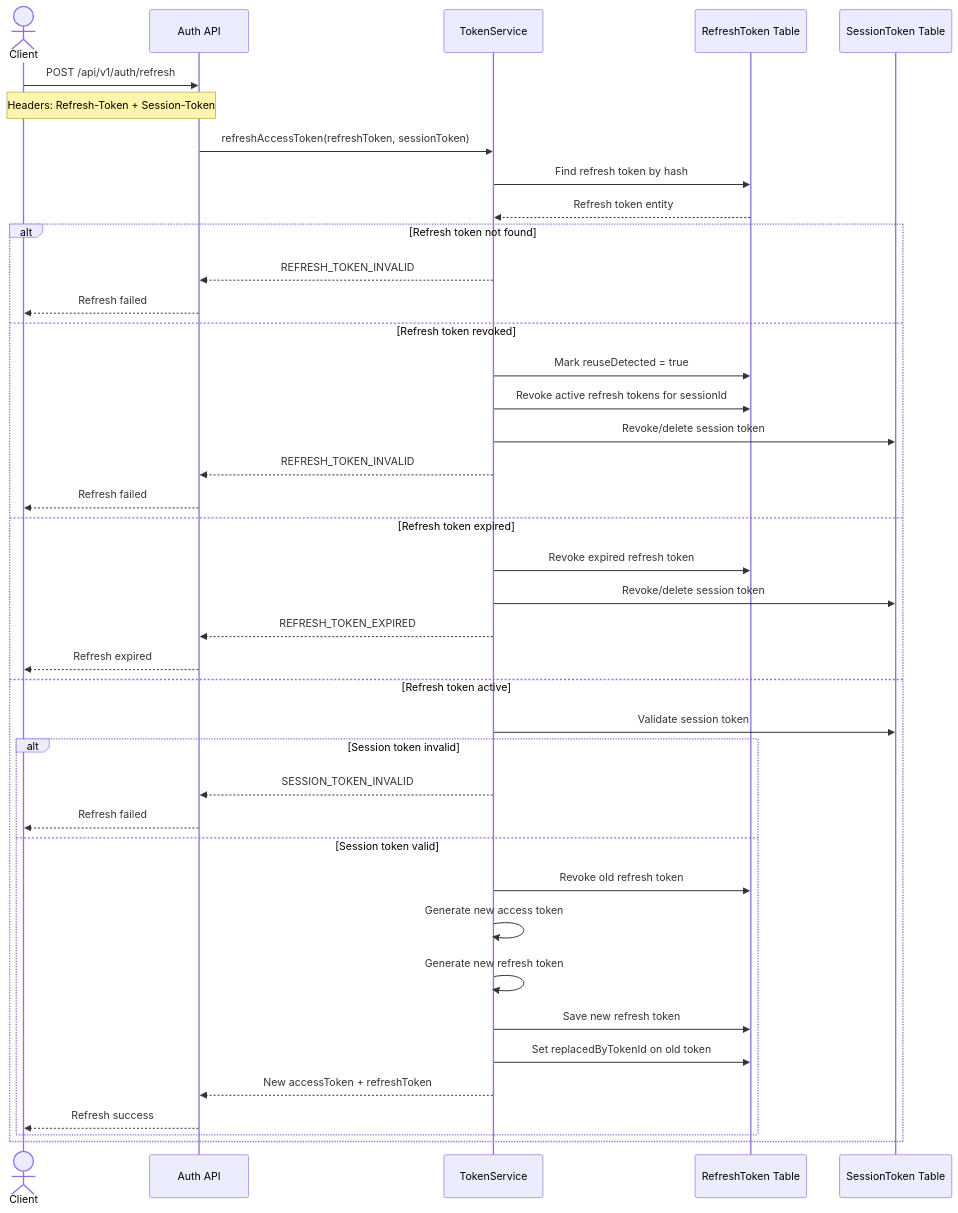
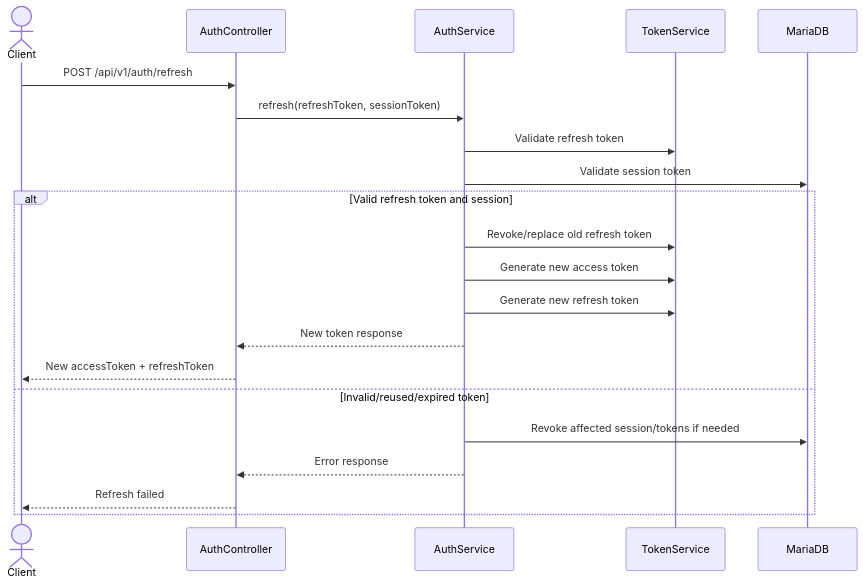
One commit to JustinBui22/wandermate-fullstack changed the third of 4 diagrams in backend/docs/AUTH_FLOW.md. Above: the diagram before and after it, drawn with Mermaid. The commit also changed other lines of this file and 6 other files, not shown here.

````diff
--- a/backend/docs/AUTH_FLOW.md
+++ b/backend/docs/AUTH_FLOW.md
@@ -105,44 +106,24 @@
 ```mermaid
 sequenceDiagram
     actor Client
-    participant API as Auth API
+    participant Controller as AuthController
+    participant Service as AuthService
     participant TokenService
-    participant RefreshDB as RefreshToken Table
-    participant SessionDB as SessionToken Table
+    participant DB as MariaDB
 
-    Client->>API: POST /api/v1/auth/refresh
-    Note over Client,API: Headers: Refresh-Token + Session-Token
-    API->>TokenService: refreshAccessToken(refreshToken, sessionToken)
-    TokenService->>RefreshDB: Find refresh token by hash
-    RefreshDB-->>TokenService: Refresh token entity
-
-    alt Refresh token not found
-        TokenService-->>API: REFRESH_TOKEN_INVALID
-        API-->>Client: Refresh failed
-    else Refresh token revoked
-        TokenService->>RefreshDB: Mark reuseDetected = true
-        TokenService->>RefreshDB: Revoke active refresh tokens for sessionId
-        TokenService->>SessionDB: Revoke/delete session token
-        TokenService-->>API: REFRESH_TOKEN_INVALID
-        API-->>Client: Refresh failed
-    else Refresh token expired
-        TokenService->>RefreshDB: Revoke expired refresh token
-        TokenService->>SessionDB: Revoke/delete session token
-        TokenService-->>API: REFRESH_TOKEN_EXPIRED
-        API-->>Client: Refresh expired
-    else Refresh token active
-        TokenService->>SessionDB: Validate session token
-        alt Session token invalid
-            TokenService-->>API: SESSION_TOKEN_INVALID
-            API-->>Client: Refresh failed
-        else Session token valid
-            TokenService->>RefreshDB: Revoke old refresh token
-            TokenService->>TokenService: Generate new access token
-            TokenService->>TokenService: Generate new refresh token
-            TokenService->>RefreshDB: Save new refresh token
-            TokenService->>RefreshDB: Set replacedByTokenId on old token
-            TokenService-->>API: New accessToken + refreshToken
-            API-->>Client: Refresh success
-        end
+    Client->>Controller: POST /api/v1/auth/refresh
+    Controller->>Service: refresh(refreshToken, sessionToken)
+    Service->>TokenService: Validate refresh token
+    Service->>DB: Validate session token
+    alt Valid refresh token and session
+        Service->>TokenService: Revoke/replace old refresh token
+        Service->>TokenService: Generate new access token
+        Service->>TokenService: Generate new refresh token
+        Service-->>Controller: New token response
+        Controller-->>Client: New accessToken + refreshToken
+    else Invalid/reused/expired token
+        Service->>DB: Revoke affected session/tokens if needed
+        Service-->>Controller: Error response
+        Controller-->>Client: Refresh failed
     end
 ```
````
